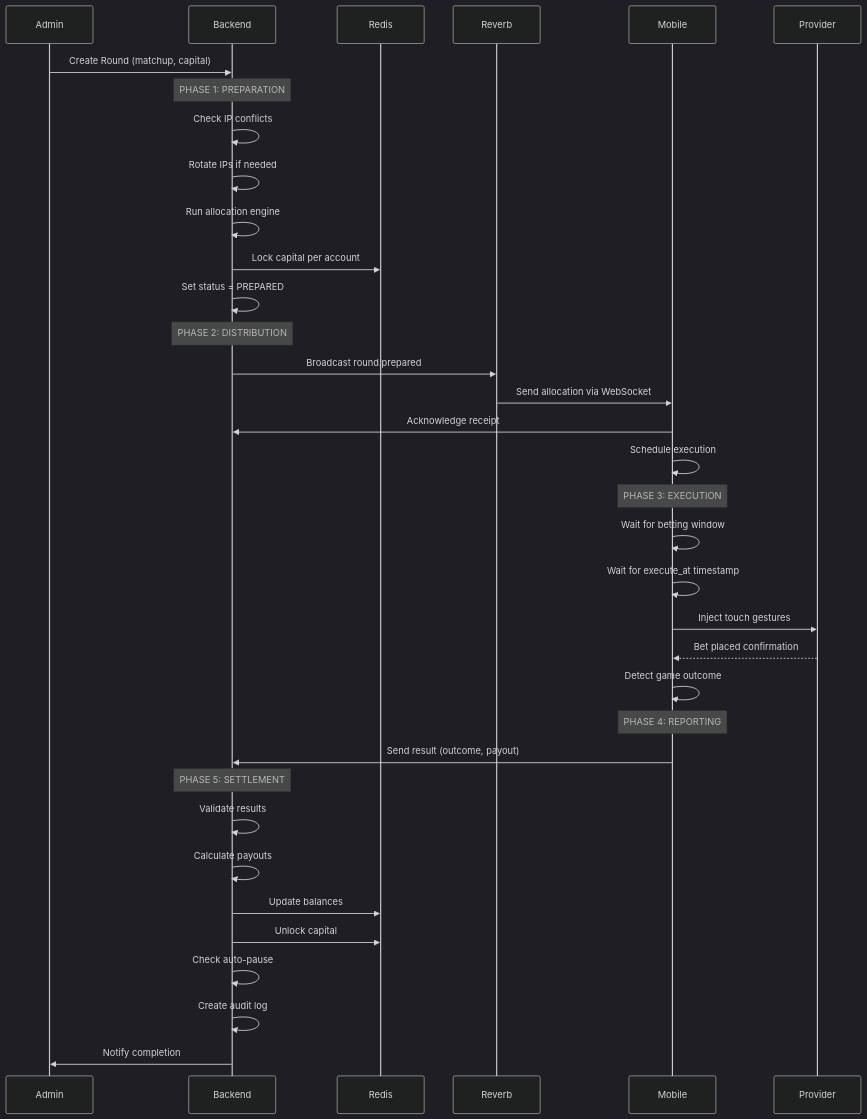
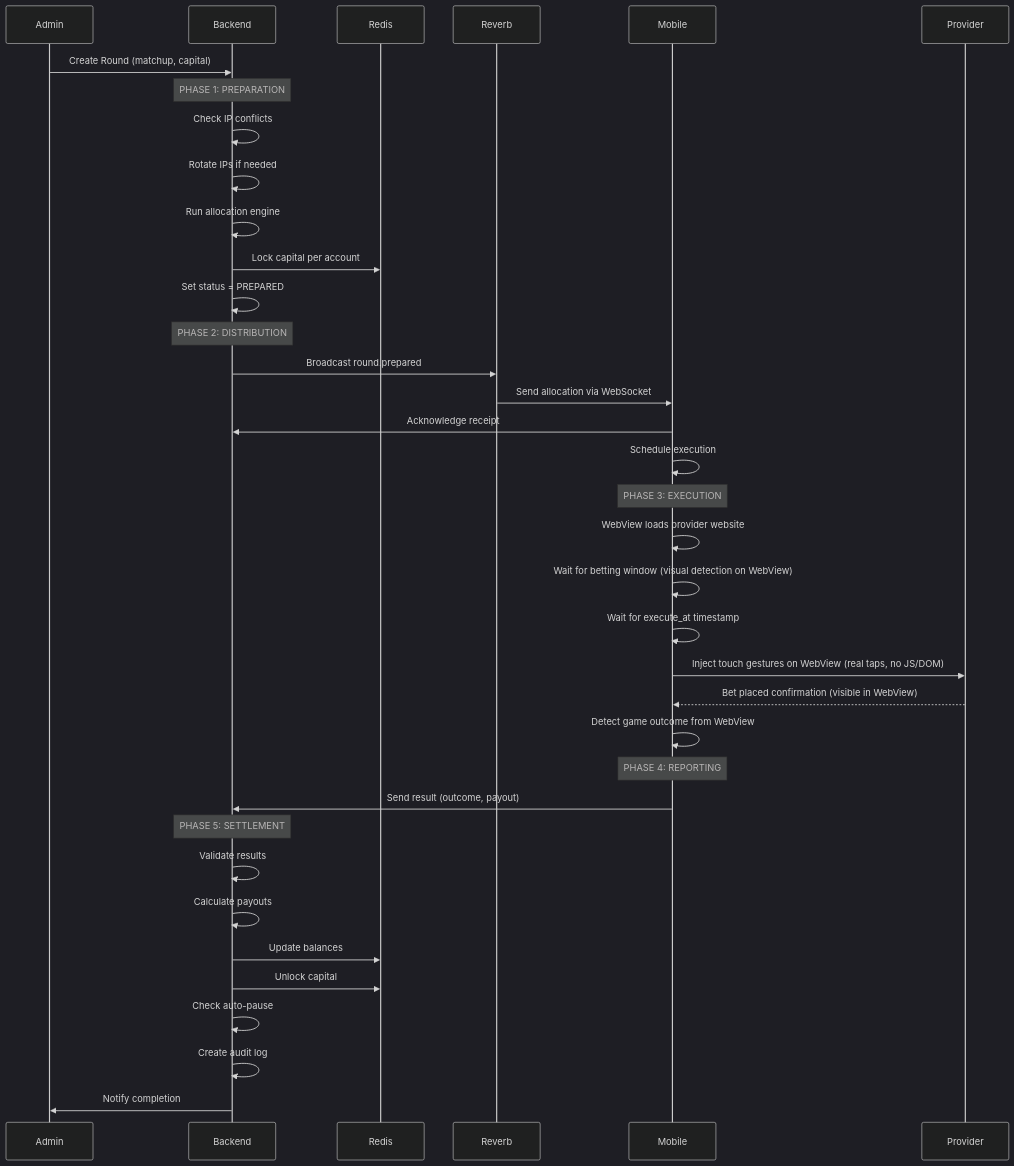
One commit to johnmarkovalo/BetWise changed the first of 5 diagrams in docs/Design Document/7. Integration & Workflows.md. Above: the diagram before and after it, drawn with Mermaid (dark theme). The commit also changed other lines of this file and 12 other files, not shown here.

````diff
--- a/docs/Design Document/7. Integration & Workflows.md
+++ b/docs/Design Document/7. Integration & Workflows.md
@@ -28,43 +28,44 @@
 ```mermaid
 sequenceDiagram
     participant Admin
     participant Backend
     participant Redis
     participant Reverb
     participant Mobile
     participant Provider
 
     Admin->>Backend: Create Round (matchup, capital)
     
     Note over Backend: PHASE 1: PREPARATION
     Backend->>Backend: Check IP conflicts
     Backend->>Backend: Rotate IPs if needed
     Backend->>Backend: Run allocation engine
     Backend->>Redis: Lock capital per account
     Backend->>Backend: Set status = PREPARED
     
     Note over Backend: PHASE 2: DISTRIBUTION
     Backend->>Reverb: Broadcast round.prepared
     Reverb->>Mobile: Send allocation via WebSocket
     Mobile->>Backend: Acknowledge receipt
     Mobile->>Mobile: Schedule execution
     
     Note over Mobile: PHASE 3: EXECUTION
-    Mobile->>Mobile: Wait for betting window
+    Mobile->>Mobile: WebView loads provider website
+    Mobile->>Mobile: Wait for betting window (visual detection on WebView)
     Mobile->>Mobile: Wait for execute_at timestamp
-    Mobile->>Provider: Inject touch gestures
-    Provider-->>Mobile: Bet placed confirmation
-    Mobile->>Mobile: Detect game outcome
+    Mobile->>Provider: Inject touch gestures on WebView (real taps, no JS/DOM)
+    Provider-->>Mobile: Bet placed confirmation (visible in WebView)
+    Mobile->>Mobile: Detect game outcome from WebView
     
     Note over Mobile: PHASE 4: REPORTING
     Mobile->>Backend: Send result (outcome, payout)
     
     Note over Backend: PHASE 5: SETTLEMENT
     Backend->>Backend: Validate results
     Backend->>Backend: Calculate payouts
     Backend->>Redis: Update balances
     Backend->>Redis: Unlock capital
     Backend->>Backend: Check auto-pause
     Backend->>Backend: Create audit log
     Backend->>Admin: Notify completion
 ```
````
